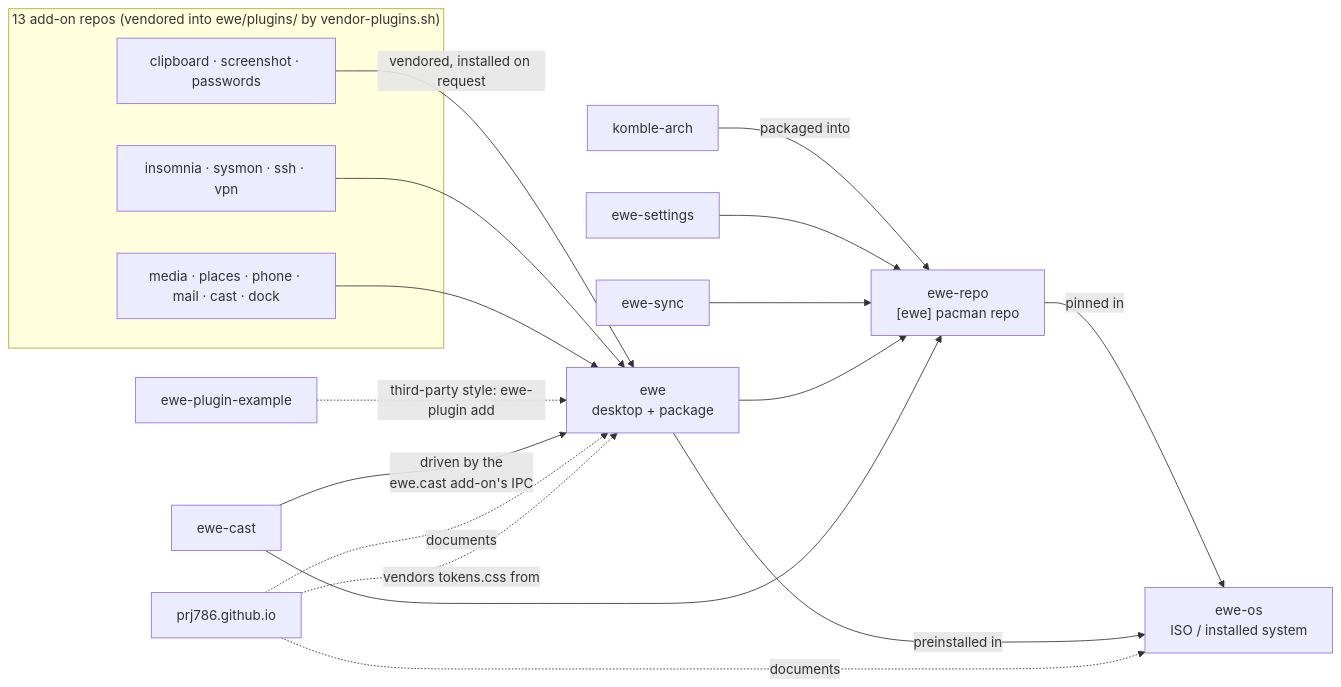
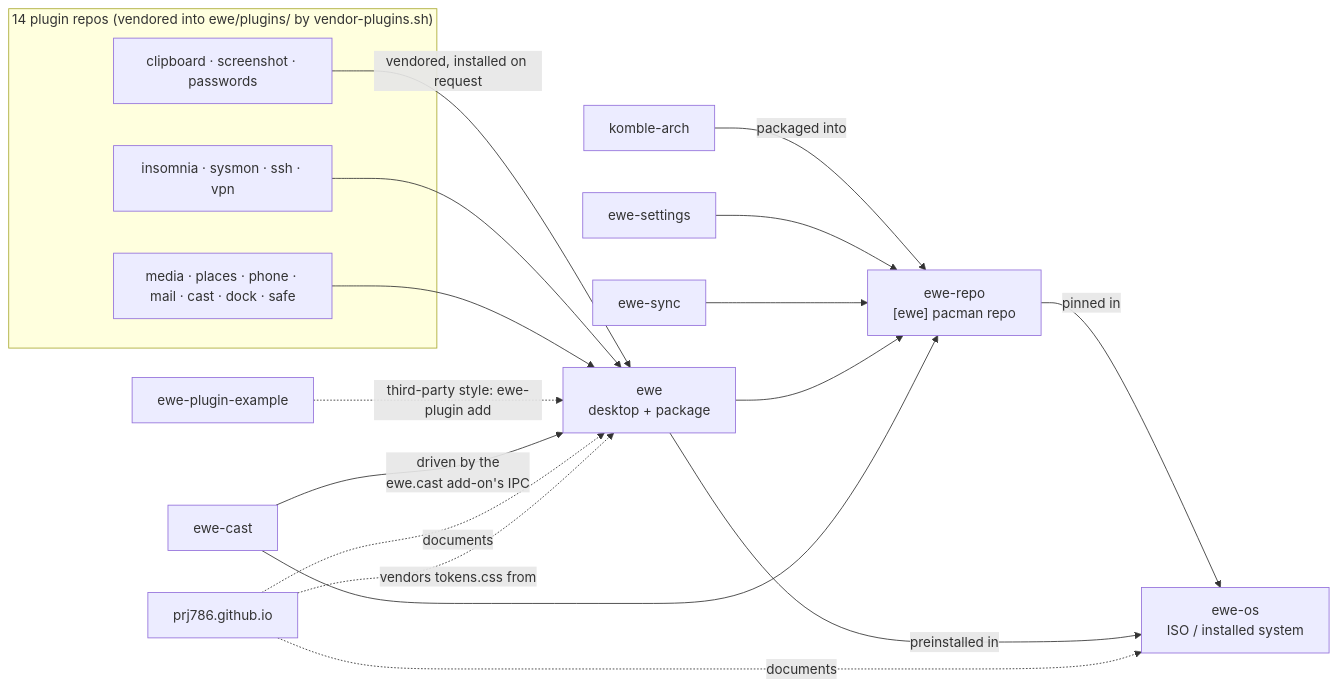
The diagram in 01-Overview/Repository Map.md (prj786/ewe-map), drawn with Mermaid before and after one commit. The commit also changed other lines of this file and 18 other files, not shown here.

First line of the commit message:
release: Safe 0.1.0-beta + ewe 0.27.0-beta published

````diff
--- a/01-Overview/Repository Map.md
+++ b/01-Overview/Repository Map.md
@@ -48,29 +50,29 @@
 ```mermaid
 graph LR
-    subgraph plugins["13 add-on repos (vendored into ewe/plugins/ by vendor-plugins.sh)"]
+    subgraph plugins["14 plugin repos (vendored into ewe/plugins/ by vendor-plugins.sh)"]
         P1["clipboard · screenshot · passwords"]
         P2["insomnia · sysmon · ssh · vpn"]
-        P3["media · places · phone · mail · cast · dock"]
+        P3["media · places · phone · mail · cast · dock · safe"]
     end
     P4["ewe-plugin-example"]
 
     P1 -->|"vendored, installed on request"| EWE["ewe<br/>desktop + package"]
     P2 --> EWE
     P3 --> EWE
     P4 -.->|"third-party style: ewe-plugin add"| EWE
 
     CAST["ewe-cast"] -->|"driven by the<br/>ewe.cast add-on's IPC"| EWE
 
     K["komble-arch"] -->|"packaged into"| REPO["ewe-repo<br/>[ewe] pacman repo"]
     S["ewe-settings"] --> REPO
     SY["ewe-sync"] --> REPO
     EWE --> REPO
     CAST --> REPO
 
     REPO -->|"pinned in"| OS["ewe-os<br/>ISO / installed system"]
     EWE -->|"preinstalled in"| OS
 
     WEB["prj786.github.io"] -.->|"documents"| OS
     WEB -.->|"documents"| EWE
     WEB -.->|"vendors tokens.css from"| EWE
 ```
````
